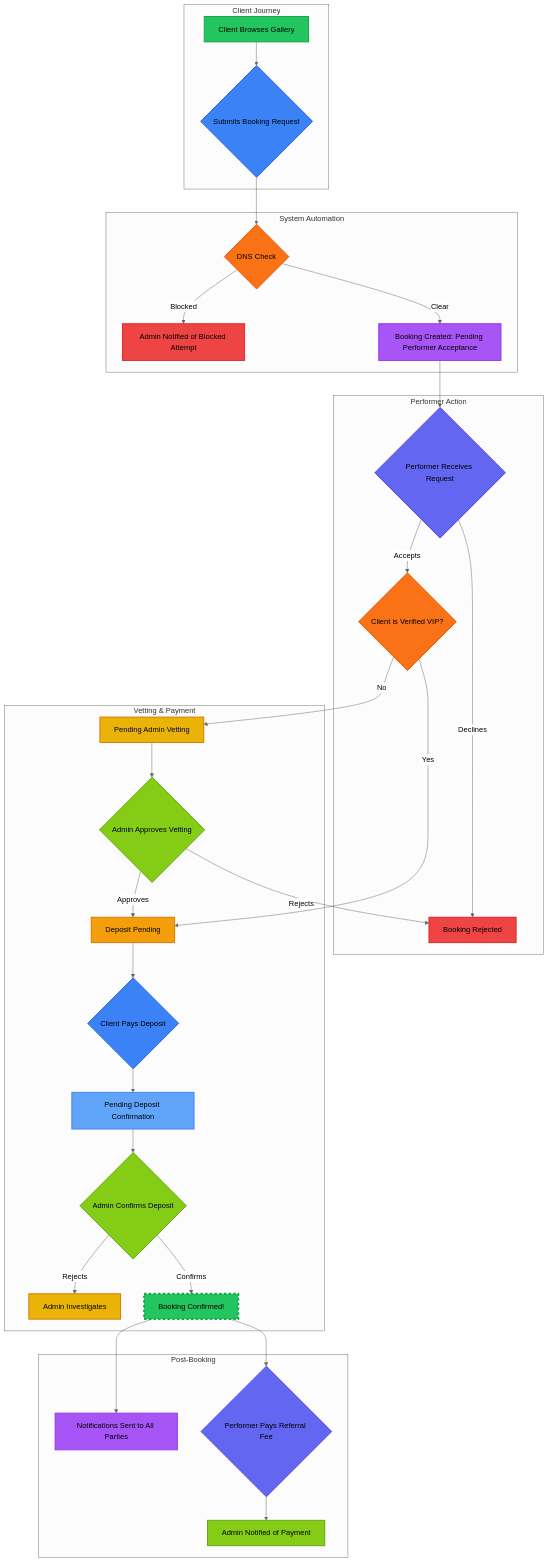
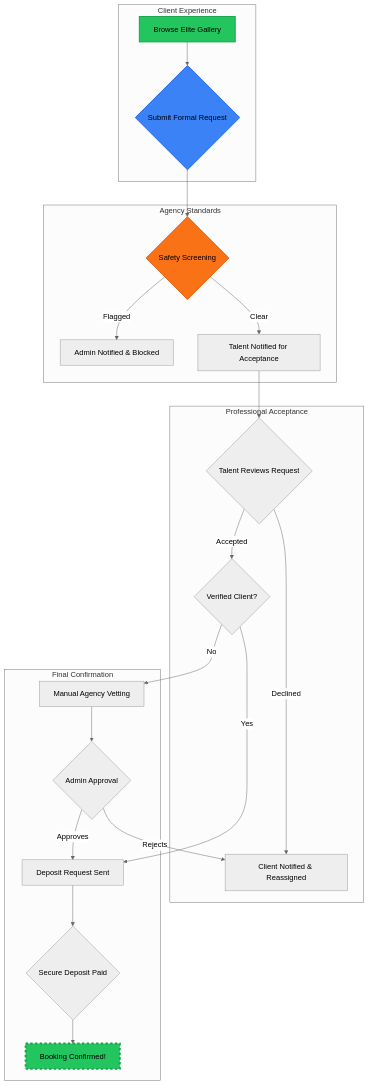
Before and after one commit to annaivky-ship-it/BOOKING-SYSTEM: the diagram in PRESENTATION_OVERVIEW.md, drawn with Mermaid (neutral theme). The commit also changed other lines of this file and 28 other files, not shown here.

````diff
--- a/PRESENTATION_OVERVIEW.md
+++ b/PRESENTATION_OVERVIEW.md
@@ -31,57 +32,33 @@
 ```mermaid
 graph TD
-    subgraph Client Journey
-        A[Client Browses Gallery] --> B{Submits Booking Request};
+    subgraph Client Experience
+        A[Browse Elite Gallery] --> B{Submit Formal Request};
     end
 
-    subgraph System Automation
-        B --> C{DNS Check};
-        C -- Blocked --> D[Admin Notified of Blocked Attempt];
-        C -- Clear --> E[Booking Created: Pending Performer Acceptance];
+    subgraph Agency Standards
+        B --> C{Safety Screening};
+        C -- Flagged --> D[Admin Notified & Blocked];
+        C -- Clear --> E[Talent Notified for Acceptance];
     end
 
-    subgraph Performer Action
-        E --> F{Performer Receives Request};
-        F -- Declines --> G[Booking Rejected];
-        F -- Accepts --> H{Client is Verified VIP?};
+    subgraph Professional Acceptance
+        E --> F{Talent Reviews Request};
+        F -- Declined --> G[Client Notified & Reassigned];
+        F -- Accepted --> H{Verified Client?};
     end
 
-    subgraph Vetting & Payment
-        H -- No --> I[Pending Admin Vetting];
-        I --> J{Admin Approves Vetting};
+    subgraph Final Confirmation
+        H -- No --> I[Manual Agency Vetting];
+        I --> J{Admin Approval};
         J -- Rejects --> G;
-        J -- Approves --> K[Deposit Pending];
+        J -- Approves --> K[Deposit Request Sent];
         H -- Yes --> K;
-        K --> L{Client Pays Deposit};
-        L --> M[Pending Deposit Confirmation];
-        M --> N{Admin Confirms Deposit};
-        N -- Rejects --> O[Admin Investigates];
-        N -- Confirms --> P[Booking Confirmed!];
-    end
-
-    subgraph Post-Booking
-         P --> Q[Notifications Sent to All Parties];
-         P --> R{Performer Pays Referral Fee};
-         R --> S[Admin Notified of Payment];
+        K --> L{Secure Deposit Paid};
+        L --> M[Booking Confirmed!];
     end
 
     style A fill:#22c55e,stroke:#16a34a,stroke-width:2px
     style B fill:#3b82f6,stroke:#2563eb,stroke-width:2px
     style C fill:#f97316,stroke:#ea580c,stroke-width:2px
-    style D fill:#ef4444,stroke:#dc2626,stroke-width:2px
-    style E fill:#a855f7,stroke:#9333ea,stroke-width:2px
-    style F fill:#6366f1,stroke:#4f46e5,stroke-width:2px
-    style G fill:#ef4444,stroke:#dc2626,stroke-width:2px
-    style H fill:#f97316,stroke:#ea580c,stroke-width:2px
-    style I fill:#eab308,stroke:#d97706,stroke-width:2px
-    style J fill:#84cc16,stroke:#65a30d,stroke-width:2px
-    style K fill:#f59e0b,stroke:#d97706,stroke-width:2px
-    style L fill:#3b82f6,stroke:#2563eb,stroke-width:2px
-    style M fill:#60a5fa,stroke:#3b82f6,stroke-width:2px
-    style N fill:#84cc16,stroke:#65a30d,stroke-width:2px
-    style O fill:#eab308,stroke:#d97706,stroke-width:2px
-    style P fill:#22c55e,stroke:#16a34a,stroke-width:4px,stroke-dasharray: 5 5
-    style Q fill:#a855f7,stroke:#9333ea,stroke-width:2px
-    style R fill:#6366f1,stroke:#4f46e5,stroke-width:2px
-    style S fill:#84cc16,stroke:#65a30d,stroke-width:2px
+    style M fill:#22c55e,stroke:#16a34a,stroke-width:4px,stroke-dasharray: 5 5
 ```
````
